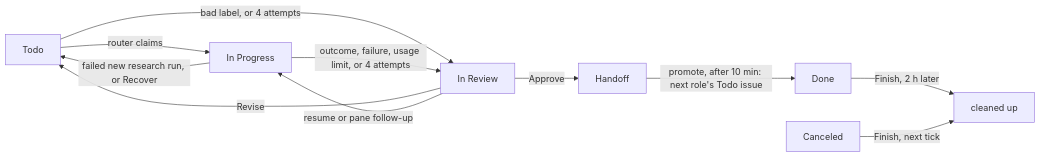
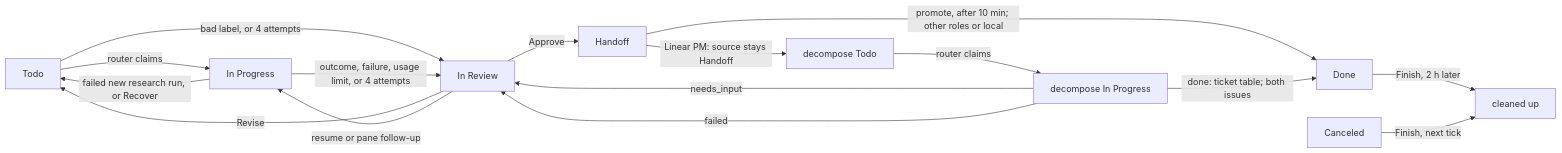
Before and after one commit to windroc-labs/ensemble: the fourth of 4 diagrams in docs/architecture.md, drawn with Mermaid. The commit also changed other lines of this file and 10 other files, not shown here.

Commit message:
feat(orchestrator): finish decompose and its source PRD

````diff
--- a/docs/architecture.md
+++ b/docs/architecture.md
@@ -614,13 +614,18 @@
 ```mermaid
 flowchart LR
     T[Todo] -->|router claims| P[In Progress]
     T -->|"bad label, or 4 attempts"| R[In Review]
     P -->|"outcome, failure, usage limit, or 4 attempts"| R
     P -->|"failed new research run, or Recover"| T
     R -->|Approve| H[Handoff]
     R -->|Revise| T
     R -->|"resume or pane follow-up"| P
-    H -->|"promote, after 10 min: next role's Todo issue"| D[Done]
+    H -->|"promote, after 10 min; other roles or local"| D[Done]
+    H -->|"Linear PM: source stays Handoff"| E[decompose Todo]
+    E -->|router claims| EP[decompose In Progress]
+    EP -->|"done: ticket table; both issues"| D
+    EP -->|needs_input| R
+    EP -->|failed| R
     D -->|"Finish, 2 h later"| X[cleaned up]
     C[Canceled] -->|"Finish, next tick"| X
 ```
````
